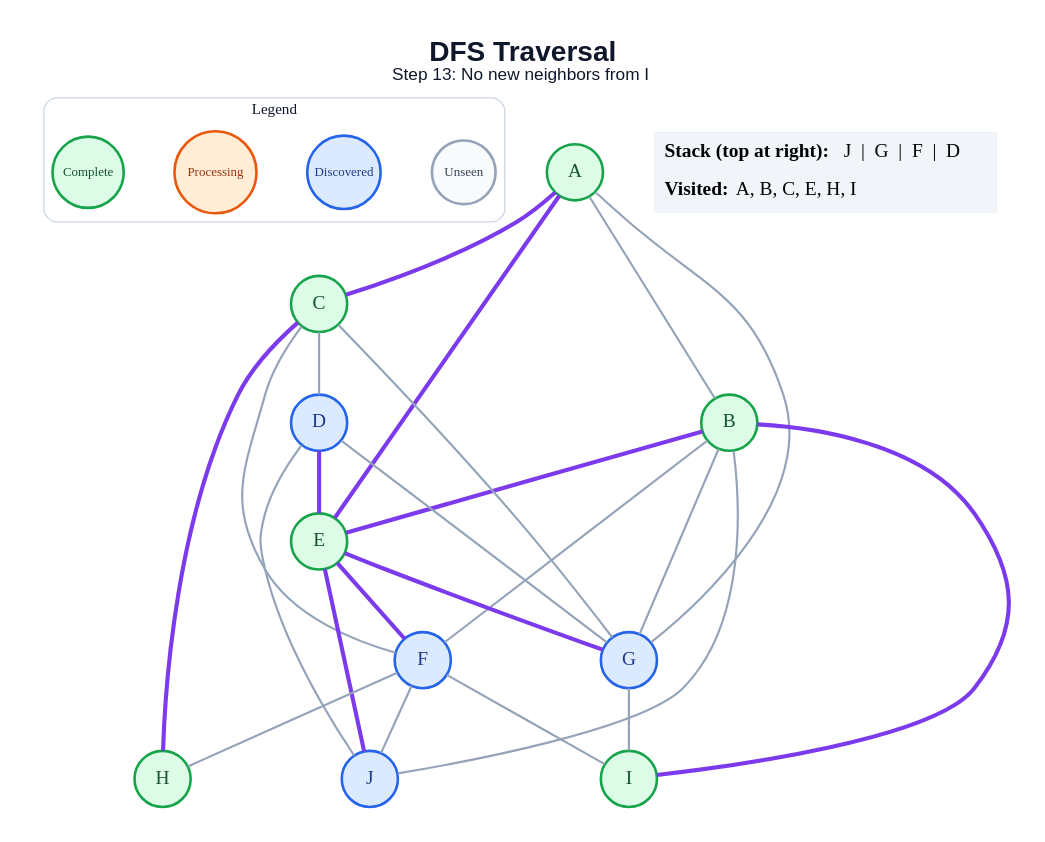
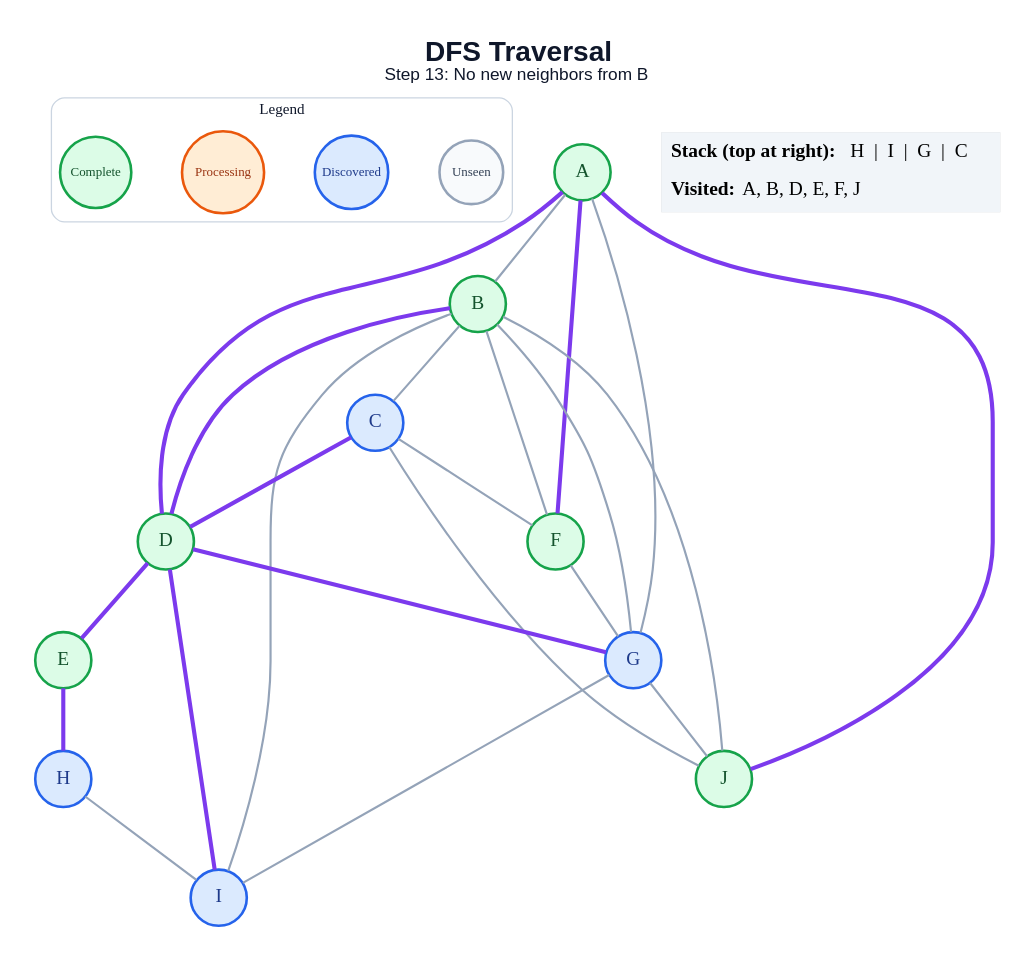
The diagram in generated/specific-node/dfs/step_13.dot (amanghodawala9/ai-slop), drawn with Graphviz before and after one commit. The commit also changed 178 other files, not shown here.

```diff
--- a/generated/specific-node/dfs/step_13.dot
+++ b/generated/specific-node/dfs/step_13.dot
@@ -1,52 +1,51 @@
 graph traversal {
   graph [layout=dot, rankdir=TB, bgcolor="#FFFFFF", pad="0.35", nodesep="0.65", ranksep="0.8", fontname="Arial"];
   node [shape=circle, style="filled", fontname="Arial Bold", fontsize=18, width=0.72, fixedsize=true, penwidth=2.4];
   edge [color="#94A3B8", penwidth=2.0];
-  label=<<B>DFS Traversal</B><BR/><FONT POINT-SIZE="16">Step 13: No new neighbors from I</FONT>>; labelloc="t"; fontsize=26; fontname="Arial"; fontcolor="#0F172A";
+  label=<<B>DFS Traversal</B><BR/><FONT POINT-SIZE="16">Step 13: No new neighbors from B</FONT>>; labelloc="t"; fontsize=26; fontname="Arial"; fontcolor="#0F172A";
   subgraph cluster_legend { label="Legend"; color="#CBD5E1"; penwidth=1.2; style="rounded"; fontsize=14; fontname="Arial Bold";
     key_unseen [label="Unseen", fillcolor="#F8FAFC", color="#94A3B8", fontcolor="#334155", fontsize=12, width=0.82];
     key_frontier [label="Discovered", fillcolor="#DBEAFE", color="#2563EB", fontcolor="#1E3A8A", fontsize=12, width=0.95];
     key_current [label="Processing", fillcolor="#FFEDD5", color="#EA580C", fontcolor="#9A3412", fontsize=12, width=1.05];
     key_done [label="Complete", fillcolor="#DCFCE7", color="#16A34A", fontcolor="#14532D", fontsize=12, width=0.92];
     { rank=same; key_unseen; key_frontier; key_current; key_done; }
   }
   A [fillcolor="#DCFCE7", color="#16A34A", fontcolor="#14532D"];
   B [fillcolor="#DCFCE7", color="#16A34A", fontcolor="#14532D"];
-  C [fillcolor="#DCFCE7", color="#16A34A", fontcolor="#14532D"];
-  D [fillcolor="#DBEAFE", color="#2563EB", fontcolor="#1E3A8A"];
+  C [fillcolor="#DBEAFE", color="#2563EB", fontcolor="#1E3A8A"];
+  D [fillcolor="#DCFCE7", color="#16A34A", fontcolor="#14532D"];
   E [fillcolor="#DCFCE7", color="#16A34A", fontcolor="#14532D"];
-  F [fillcolor="#DBEAFE", color="#2563EB", fontcolor="#1E3A8A"];
+  F [fillcolor="#DCFCE7", color="#16A34A", fontcolor="#14532D"];
   G [fillcolor="#DBEAFE", color="#2563EB", fontcolor="#1E3A8A"];
-  H [fillcolor="#DCFCE7", color="#16A34A", fontcolor="#14532D"];
-  I [fillcolor="#DCFCE7", color="#16A34A", fontcolor="#14532D"];
-  J [fillcolor="#DBEAFE", color="#2563EB", fontcolor="#1E3A8A"];
+  H [fillcolor="#DBEAFE", color="#2563EB", fontcolor="#1E3A8A"];
+  I [fillcolor="#DBEAFE", color="#2563EB", fontcolor="#1E3A8A"];
+  J [fillcolor="#DCFCE7", color="#16A34A", fontcolor="#14532D"];
   A -- B;
-  A -- C [color="#7C3AED", penwidth=3.8];
-  A -- E [color="#7C3AED", penwidth=3.8];
+  A -- D [color="#7C3AED", penwidth=3.8];
+  A -- F [color="#7C3AED", penwidth=3.8];
   A -- G;
-  B -- E [color="#7C3AED", penwidth=3.8];
+  A -- J [color="#7C3AED", penwidth=3.8];
+  B -- C;
+  B -- D [color="#7C3AED", penwidth=3.8];
   B -- F;
   B -- G;
-  B -- I [color="#7C3AED", penwidth=3.8];
+  B -- I;
   B -- J;
-  C -- D;
+  C -- D [color="#7C3AED", penwidth=3.8];
   C -- F;
-  C -- G;
-  C -- H [color="#7C3AED", penwidth=3.8];
+  C -- J;
   D -- E [color="#7C3AED", penwidth=3.8];
-  D -- G;
-  D -- J;
-  E -- F [color="#7C3AED", penwidth=3.8];
-  E -- G [color="#7C3AED", penwidth=3.8];
-  E -- J [color="#7C3AED", penwidth=3.8];
-  F -- H;
-  F -- I;
-  F -- J;
+  D -- G [color="#7C3AED", penwidth=3.8];
+  D -- I [color="#7C3AED", penwidth=3.8];
+  E -- H [color="#7C3AED", penwidth=3.8];
+  F -- G;
   G -- I;
+  G -- J;
+  H -- I;
   status [shape=plain, fixedsize=false, width=0, height=0, margin=0, label=<
     <TABLE BORDER="0" CELLBORDER="0" CELLPADDING="7" BGCOLOR="#F1F5F9">
-      <TR><TD ALIGN="LEFT"><B>Stack (top at right):</B> J  |  G  |  F  |  D</TD></TR>
-      <TR><TD ALIGN="LEFT"><B>Visited:</B> A, B, C, E, H, I</TD></TR>
+      <TR><TD ALIGN="LEFT"><B>Stack (top at right):</B> H  |  I  |  G  |  C</TD></TR>
+      <TR><TD ALIGN="LEFT"><B>Visited:</B> A, B, D, E, F, J</TD></TR>
     </TABLE>
   >];
 }
```
